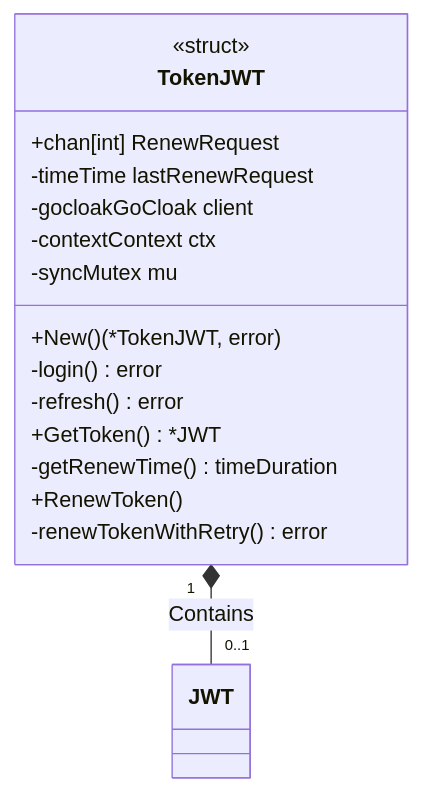
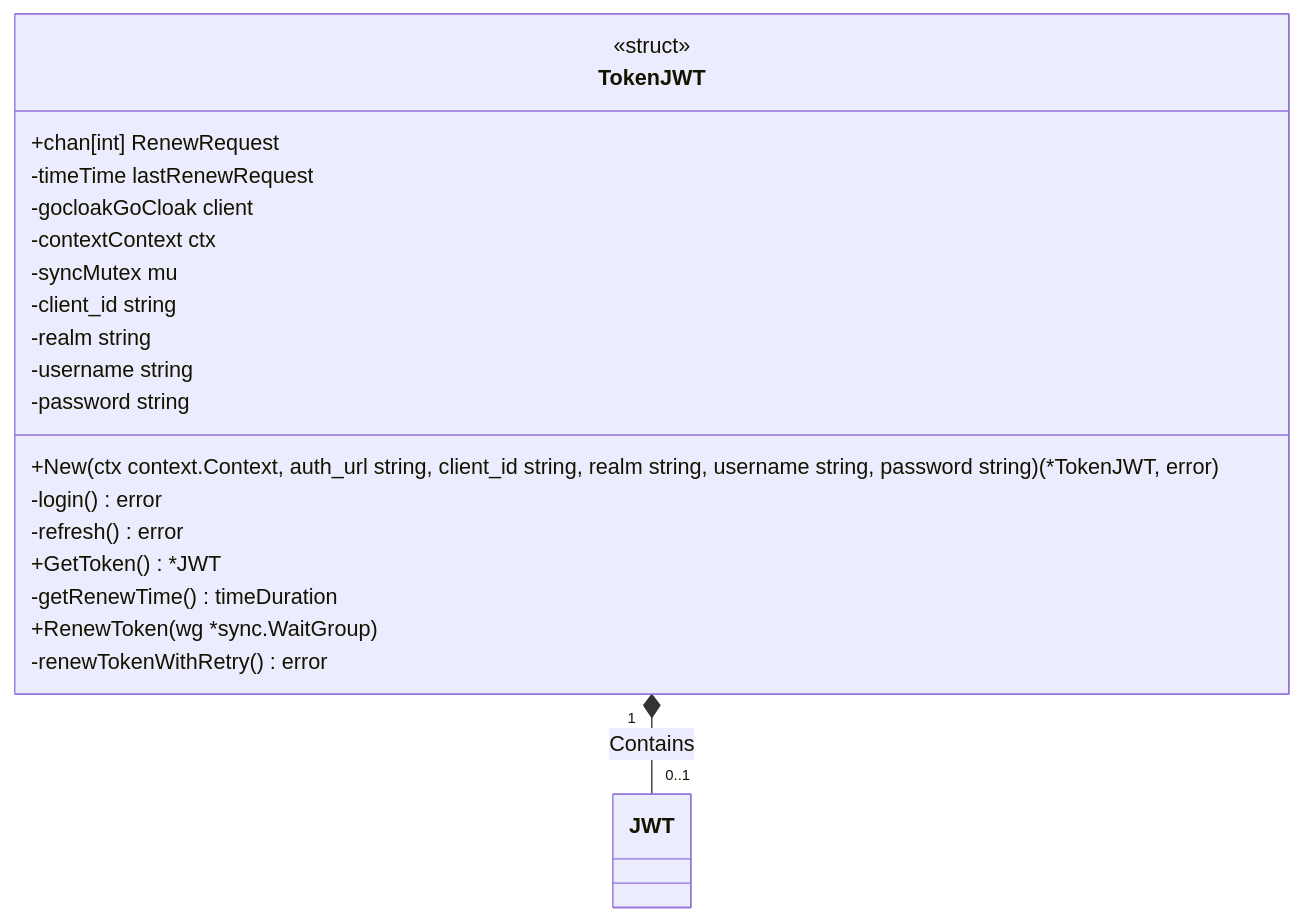
One commit to pawelmarkowski/gocloak-retry-channels changed the first of 3 diagrams in README.md. Above: the diagram before and after it, drawn with Mermaid. The commit also changed other lines of this file, not shown here.

````diff
--- a/README.md
+++ b/README.md
@@ -24,22 +24,26 @@
 ```mermaid
 classDiagram
 
 TokenJWT "1" *-- "0..1" JWT: Contains
 
 class TokenJWT{
     <<struct>>
     +chan[int] RenewRequest
     -timeTime lastRenewRequest
     -gocloakGoCloak client
     -contextContext ctx
     -syncMutex mu
+    -client_id string
+    -realm string
+    -username string
+    -password string
 
-    +New() (*TokenJWT, error)
+    +New(ctx context.Context, auth_url string, client_id string, realm string, username string, password string) (*TokenJWT, error)
     -login() error
     -refresh() error
     +GetToken() *JWT
     -getRenewTime() timeDuration
-    +RenewToken()
+    +RenewToken(wg *sync.WaitGroup)
     -renewTokenWithRetry() error
 }
 ```
````
